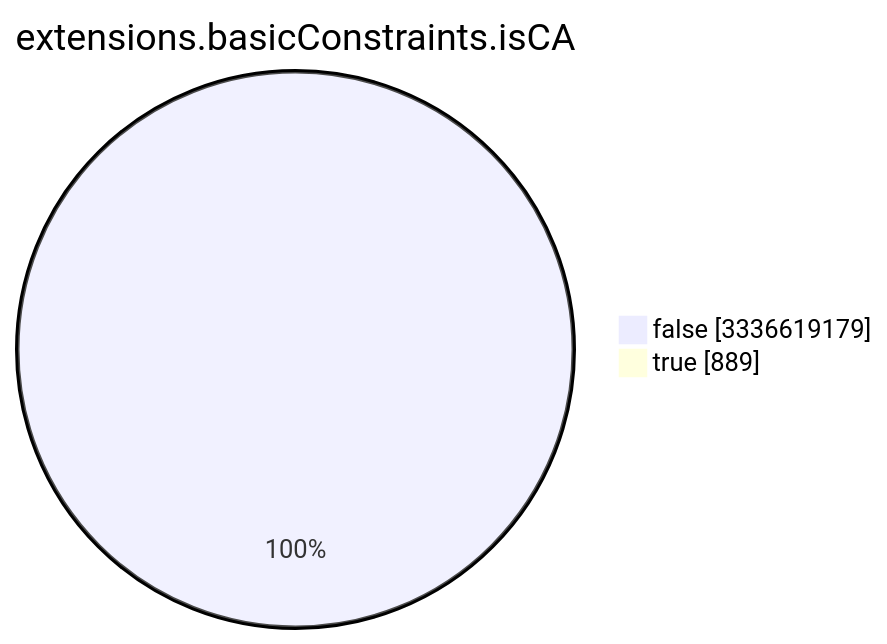
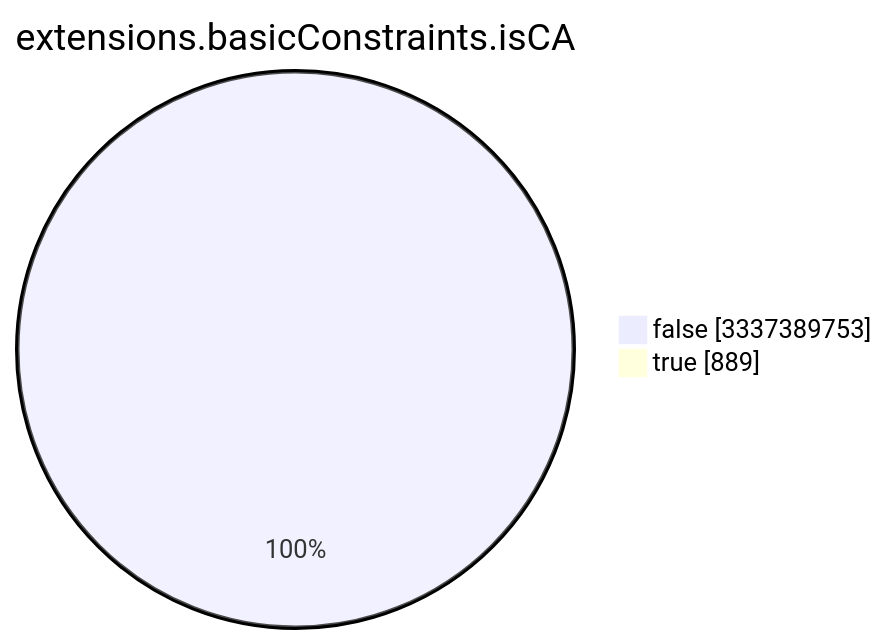
One commit to christiankrug/ctmonitor_visualization changed the seventh of 15 diagrams in TOTAL/README.md. Above: the diagram before and after it, drawn with Mermaid. The commit also changed other lines of this file, not shown here.

````diff
--- a/TOTAL/README.md
+++ b/TOTAL/README.md
@@ -3089,6 +3089,6 @@
 ```mermaid
 pie showData
 title extensions.basicConstraints.isCA
-"false" :3336619179
+"false" :3337389753
 "true" :889
 ```
````
